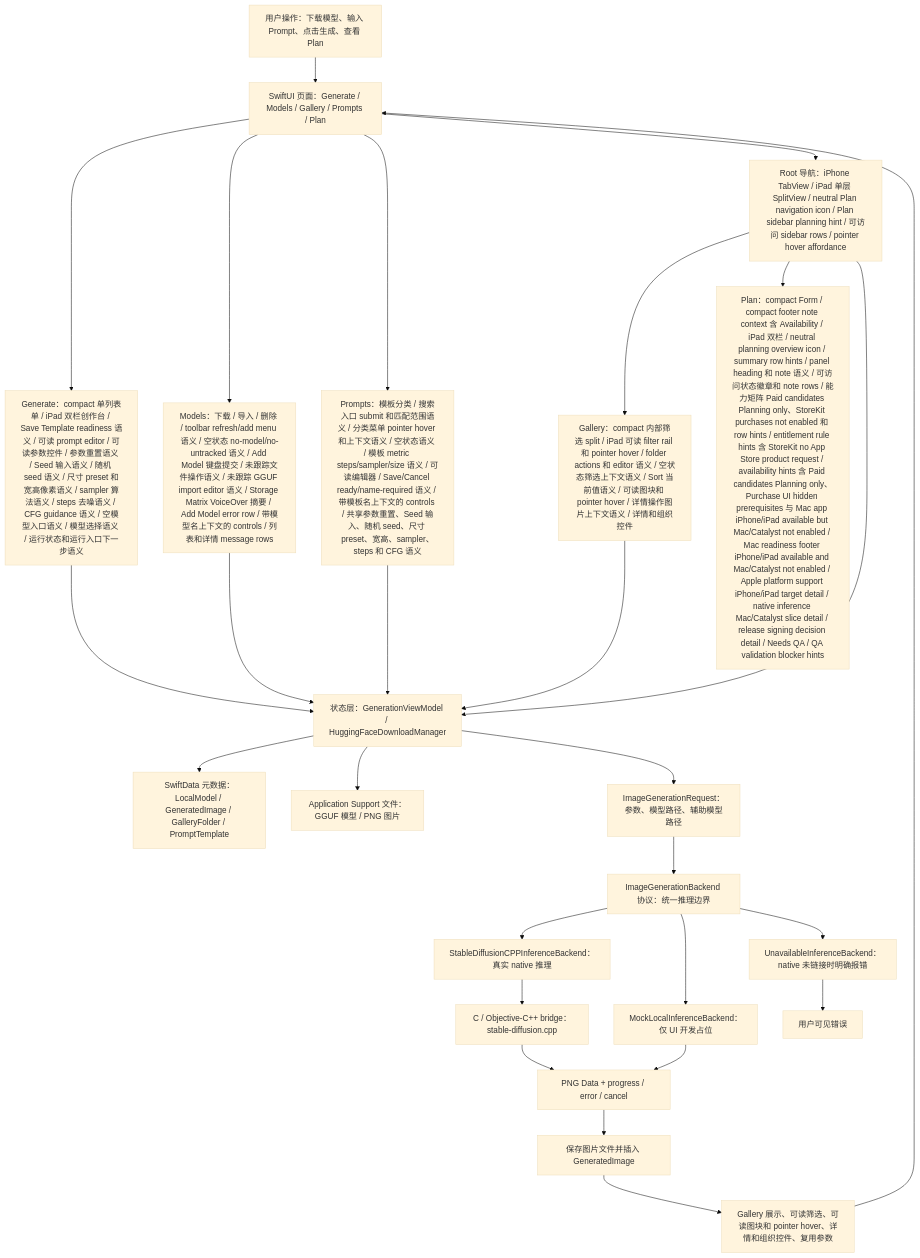
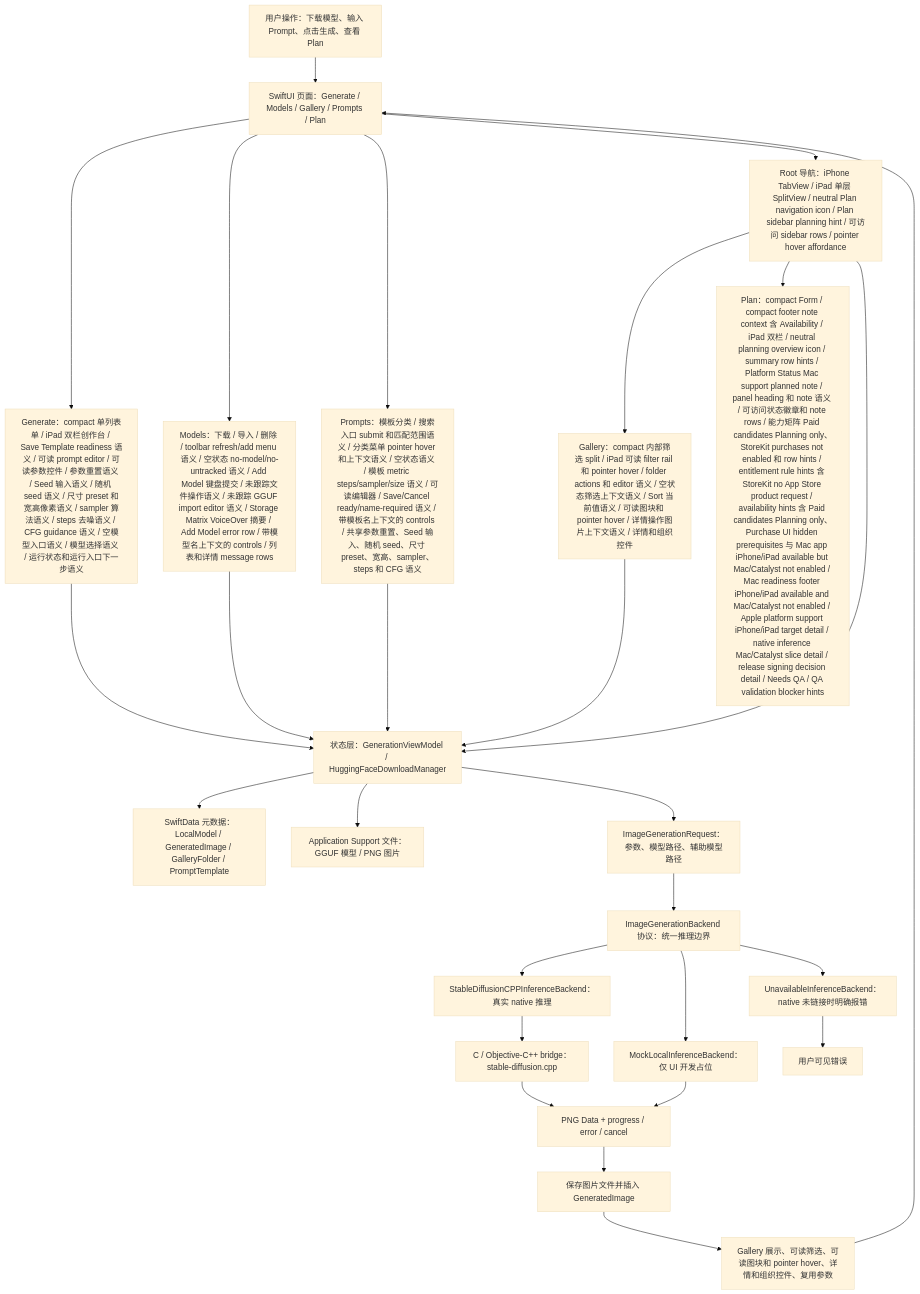
Before and after one commit to Altman-sam114/118: the first of 7 diagrams in md/flow/flowchart.md, drawn with Mermaid (base theme). The commit also changed 5 other files, not shown here.

First line of the commit message:
v1.85: Plan Mac support note copy

````diff
--- a/md/flow/flowchart.md
+++ b/md/flow/flowchart.md
@@ -9,29 +9,29 @@
 ```mermaid
 flowchart TD
   U["用户操作：下载模型、输入 Prompt、点击生成、查看 Plan"] --> UI["SwiftUI 页面：Generate / Models / Gallery / Prompts / Plan"]
   UI --> GENUI["Generate：compact 单列表单 / iPad 双栏创作台 / Save Template readiness 语义 / 可读 prompt editor / 可读参数控件 / 参数重置语义 / Seed 输入语义 / 随机 seed 语义 / 尺寸 preset 和宽高像素语义 / sampler 算法语义 / steps 去噪语义 / CFG guidance 语义 / 空模型入口语义 / 模型选择语义 / 运行状态和运行入口下一步语义"]
   UI --> MODELUI["Models：下载 / 导入 / 删除 / toolbar refresh/add menu 语义 / 空状态 no-model/no-untracked 语义 / Add Model 键盘提交 / 未跟踪文件操作语义 / 未跟踪 GGUF import editor 语义 / Storage Matrix VoiceOver 摘要 / Add Model error row / 带模型名上下文的 controls / 列表和详情 message rows"]
   UI --> PROMPTUI["Prompts：模板分类 / 搜索入口 submit 和匹配范围语义 / 分类菜单 pointer hover 和上下文语义 / 空状态语义 / 模板 metric steps/sampler/size 语义 / 可读编辑器 / Save/Cancel ready/name-required 语义 / 带模板名上下文的 controls / 共享参数重置、Seed 输入、随机 seed、尺寸 preset、宽高、sampler、steps 和 CFG 语义"]
   UI --> NAV["Root 导航：iPhone TabView / iPad 单层 SplitView / neutral Plan navigation icon / Plan sidebar planning hint / 可访问 sidebar rows / pointer hover affordance"]
   NAV --> GALUI["Gallery：compact 内部筛选 split / iPad 可读 filter rail 和 pointer hover / folder actions 和 editor 语义 / 空状态筛选上下文语义 / Sort 当前值语义 / 可读图块和 pointer hover / 详情操作图片上下文语义 / 详情和组织控件"]
-  NAV --> PLANUI["Plan：compact Form / compact footer note context 含 Availability / iPad 双栏 / neutral planning overview icon / summary row hints / panel heading 和 note 语义 / 可访问状态徽章和 note rows / 能力矩阵 Paid candidates Planning only、StoreKit purchases not enabled 和 row hints / entitlement rule hints 含 StoreKit no App Store product request / availability hints 含 Paid candidates Planning only、Purchase UI hidden prerequisites 与 Mac app iPhone/iPad available but Mac/Catalyst not enabled / Mac readiness footer iPhone/iPad available and Mac/Catalyst not enabled / Apple platform support iPhone/iPad target detail / native inference Mac/Catalyst slice detail / release signing decision detail / Needs QA / QA validation blocker hints"]
+  NAV --> PLANUI["Plan：compact Form / compact footer note context 含 Availability / iPad 双栏 / neutral planning overview icon / summary row hints / Platform Status Mac support planned note / panel heading 和 note 语义 / 可访问状态徽章和 note rows / 能力矩阵 Paid candidates Planning only、StoreKit purchases not enabled 和 row hints / entitlement rule hints 含 StoreKit no App Store product request / availability hints 含 Paid candidates Planning only、Purchase UI hidden prerequisites 与 Mac app iPhone/iPad available but Mac/Catalyst not enabled / Mac readiness footer iPhone/iPad available and Mac/Catalyst not enabled / Apple platform support iPhone/iPad target detail / native inference Mac/Catalyst slice detail / release signing decision detail / Needs QA / QA validation blocker hints"]
   NAV --> VM["状态层：GenerationViewModel / HuggingFaceDownloadManager"]
   GENUI --> VM
   MODELUI --> VM
   PROMPTUI --> VM
   GALUI --> VM
   VM --> SD["SwiftData 元数据：LocalModel / GeneratedImage / GalleryFolder / PromptTemplate"]
   VM --> FS["Application Support 文件：GGUF 模型 / PNG 图片"]
   VM --> REQ["ImageGenerationRequest：参数、模型路径、辅助模型路径"]
   REQ --> IFACE["ImageGenerationBackend 协议：统一推理边界"]
   IFACE --> NATIVE["StableDiffusionCPPInferenceBackend：真实 native 推理"]
   IFACE --> MOCK["MockLocalInferenceBackend：仅 UI 开发占位"]
   IFACE --> OFF["UnavailableInferenceBackend：native 未链接时明确报错"]
   NATIVE --> BRIDGE["C / Objective-C++ bridge：stable-diffusion.cpp"]
   BRIDGE --> PNG["PNG Data + progress / error / cancel"]
   MOCK --> PNG
   OFF --> ERR["用户可见错误"]
   PNG --> SAVE["保存图片文件并插入 GeneratedImage"]
   SAVE --> GALLERY["Gallery 展示、可读筛选、可读图块和 pointer hover、详情和组织控件、复用参数"]
   GALLERY --> UI
 ```
````
